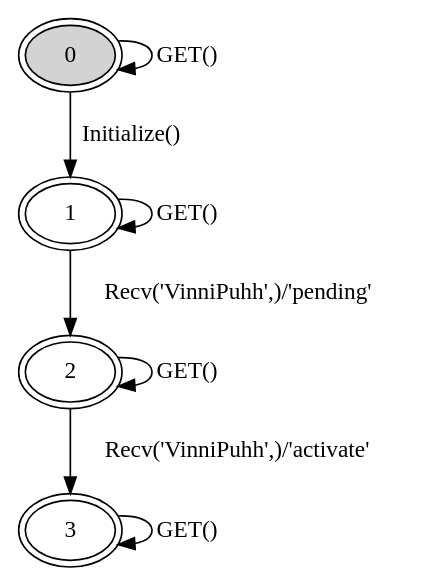
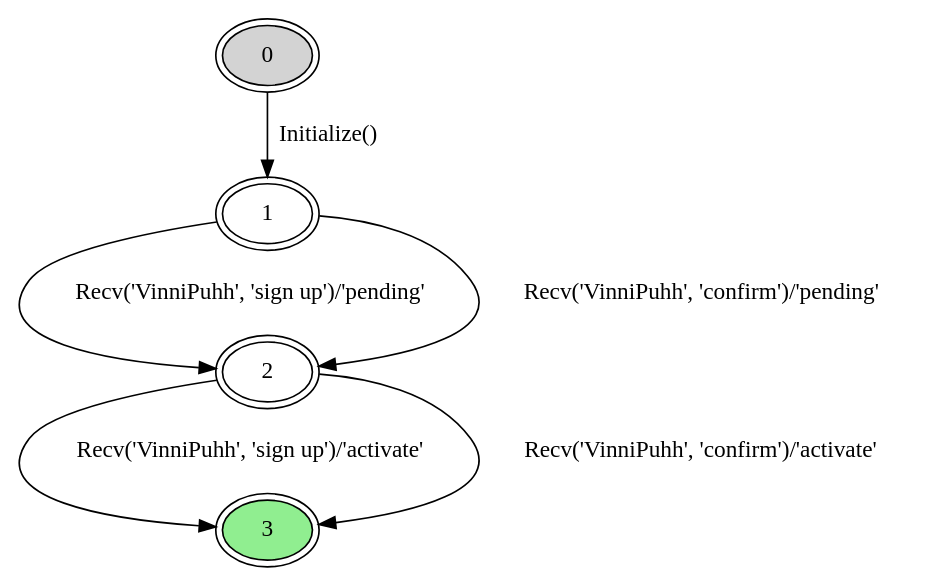
One commit to calroc/funrdf changed the diagram in mdd/EmailSignupModelFSM.dot. Above: the diagram before and after it, drawn with Graphviz. The commit also changed 3 other files, not shown here.

```diff
--- a/mdd/EmailSignupModelFSM.dot
+++ b/mdd/EmailSignupModelFSM.dot
@@ -1,21 +1,19 @@
 digraph EmailSignupModelFSM {
 
   // Nodes
   0 [ style=filled, shape=ellipse, peripheries=2, fillcolor=lightgray,
-      tooltip="{'EmailSignupModel': {'activeEmails': set([]), 'mode': 'Inactive', 'pendingEmails': set([])}, 'foo': {}}" ]
+      tooltip="{'EmailSignupModel': {'activeEmails': set([]), 'mode': 'Inactive', 'pendingEmails': set([])}}" ]
   1 [ style=filled, shape=ellipse, peripheries=2, fillcolor=white,
-      tooltip="{'EmailSignupModel': {'activeEmails': set([]), 'mode': 'Running', 'pendingEmails': set([])}, 'foo': {}}" ]
+      tooltip="{'EmailSignupModel': {'activeEmails': set([]), 'mode': 'Running', 'pendingEmails': set([])}}" ]
   2 [ style=filled, shape=ellipse, peripheries=2, fillcolor=white,
-      tooltip="{'EmailSignupModel': {'activeEmails': set([]), 'mode': 'Running', 'pendingEmails': set(['VinniPuhh'])}, 'foo': {}}" ]
-  3 [ style=filled, shape=ellipse, peripheries=2, fillcolor=white,
-      tooltip="{'EmailSignupModel': {'activeEmails': set(['VinniPuhh']), 'mode': 'Running', 'pendingEmails': set([])}, 'foo': {}}" ]
+      tooltip="{'EmailSignupModel': {'activeEmails': set([]), 'mode': 'Running', 'pendingEmails': set(['VinniPuhh'])}}" ]
+  3 [ style=filled, shape=ellipse, peripheries=2, fillcolor=lightgreen,
+      tooltip="{'EmailSignupModel': {'activeEmails': set(['VinniPuhh']), 'mode': 'Running', 'pendingEmails': set([])}}" ]
 
   // Transitions
   0 -> 1 [ label="Initialize()", tooltip="Initialize()" ]
-  0 -> 0 [ label="GET()", tooltip="GET()" ]
-  1 -> 1 [ label="GET()", tooltip="GET()" ]
-  1 -> 2 [ label="Recv('VinniPuhh',)/'pending'", tooltip="Recv('VinniPuhh',)/'pending'" ]
-  2 -> 3 [ label="Recv('VinniPuhh',)/'activate'", tooltip="Recv('VinniPuhh',)/'activate'" ]
-  2 -> 2 [ label="GET()", tooltip="GET()" ]
-  3 -> 3 [ label="GET()", tooltip="GET()" ]
+  1 -> 2 [ label="Recv('VinniPuhh', 'sign up')/'pending'", tooltip="Recv('VinniPuhh', 'sign up')/'pending'" ]
+  1 -> 2 [ label="Recv('VinniPuhh', 'confirm')/'pending'", tooltip="Recv('VinniPuhh', 'confirm')/'pending'" ]
+  2 -> 3 [ label="Recv('VinniPuhh', 'sign up')/'activate'", tooltip="Recv('VinniPuhh', 'sign up')/'activate'" ]
+  2 -> 3 [ label="Recv('VinniPuhh', 'confirm')/'activate'", tooltip="Recv('VinniPuhh', 'confirm')/'activate'" ]
 }
```
